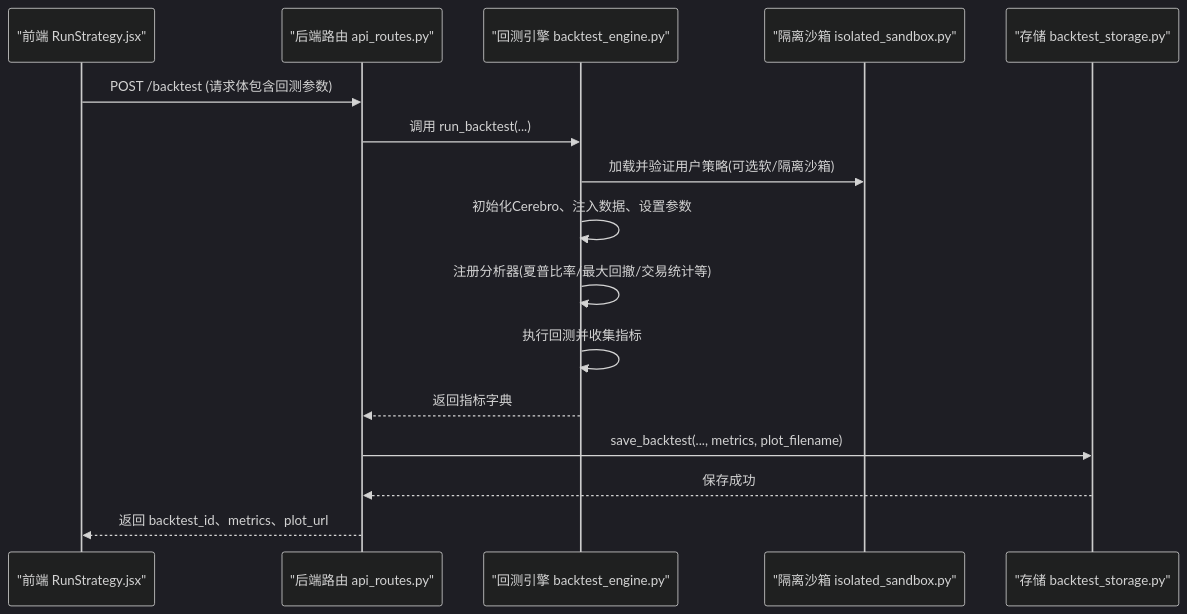
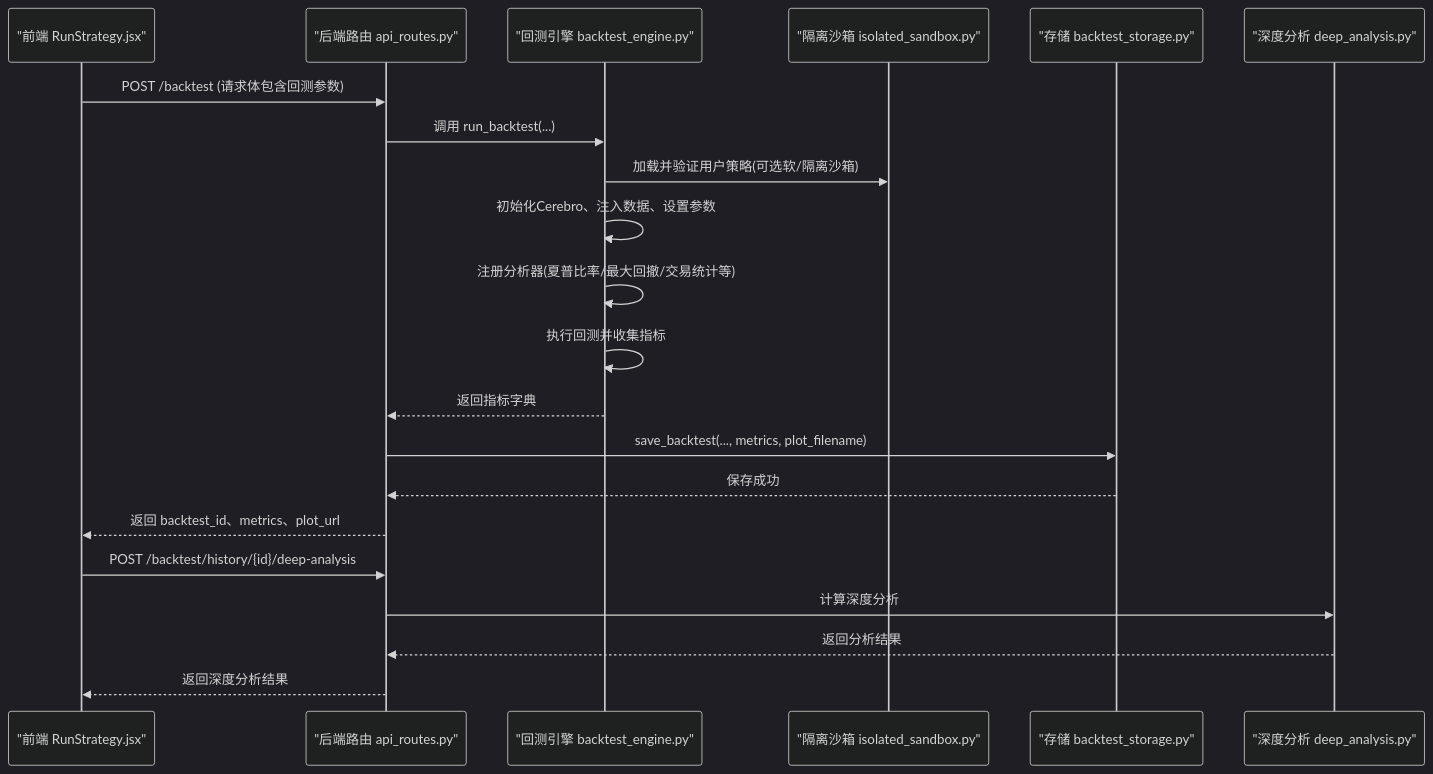
Before and after one commit to faryhuo/backtrader: the second of 7 diagrams in .qoder/repowiki/zh/content/核心功能详解/策略回测系统.md, drawn with Mermaid (dark theme). The commit also changed other lines of this file and 7 other files, not shown here.

````diff
--- a/.qoder/repowiki/zh/content/核心功能详解/策略回测系统.md
+++ b/.qoder/repowiki/zh/content/核心功能详解/策略回测系统.md
@@ -112,18 +130,23 @@
 ```mermaid
 sequenceDiagram
 participant FE as "前端 RunStrategy.jsx"
 participant API as "后端路由 api_routes.py"
 participant BE as "回测引擎 backtest_engine.py"
 participant SB as "隔离沙箱 isolated_sandbox.py"
 participant DB as "存储 backtest_storage.py"
+participant DA as "深度分析 deep_analysis.py"
 FE->>API : POST /backtest (请求体包含回测参数)
 API->>BE : 调用 run_backtest(...)
 BE->>SB : 加载并验证用户策略(可选软/隔离沙箱)
 BE->>BE : 初始化Cerebro、注入数据、设置参数
 BE->>BE : 注册分析器(夏普比率/最大回撤/交易统计等)
 BE->>BE : 执行回测并收集指标
 BE-->>API : 返回指标字典
 API->>DB : save_backtest(..., metrics, plot_filename)
 DB-->>API : 保存成功
 API-->>FE : 返回 backtest_id、metrics、plot_url
+FE->>API : POST /backtest/history/{id}/deep-analysis
+API->>DA : 计算深度分析
+DA-->>API : 返回分析结果
+API-->>FE : 返回深度分析结果
 ```
````
